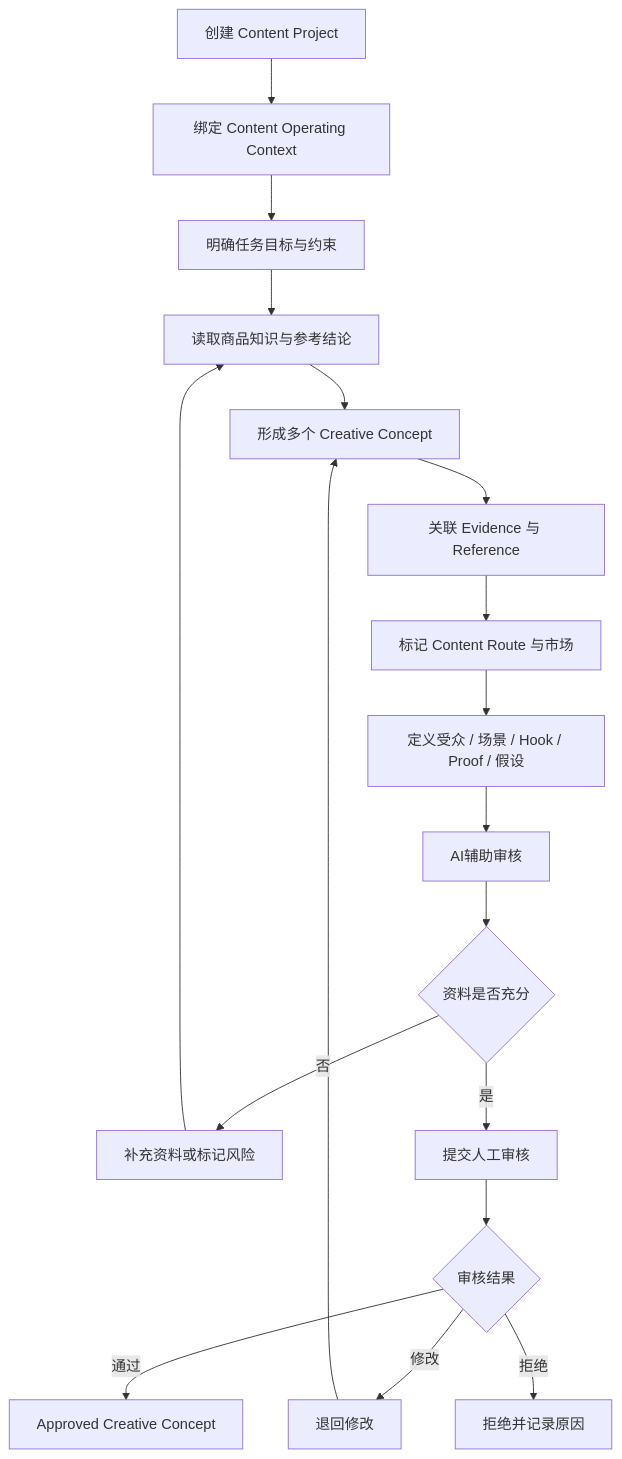
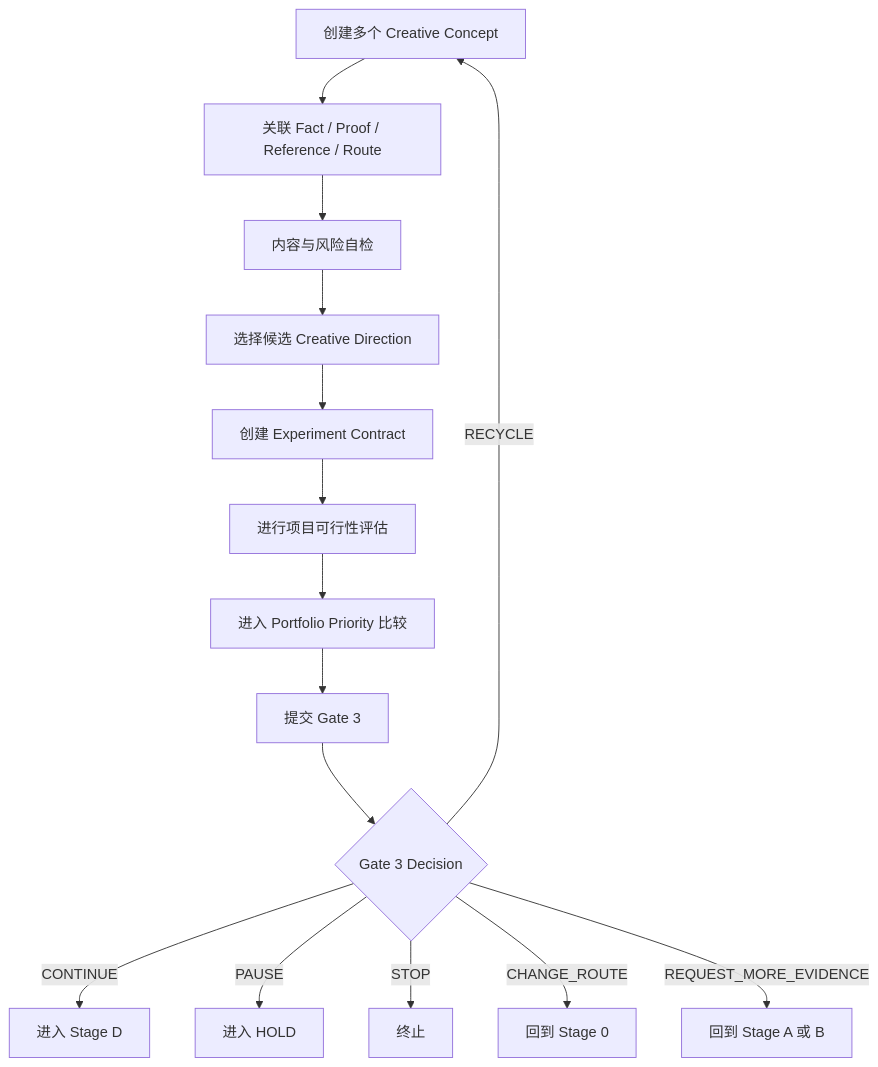
The fifth of 7 diagrams in 04_RELEASE_1_BUSINESS_PROCESS.md (SONG-36/TK_Video_Intelligence_Workbench), drawn with Mermaid before and after one commit. The commit also changed other lines of this file and 8 other files, not shown here.

````diff
--- a/04_RELEASE_1_BUSINESS_PROCESS.md
+++ b/04_RELEASE_1_BUSINESS_PROCESS.md
@@ -270,26 +225,20 @@
 ```mermaid
 flowchart TB
-    A[创建 Content Project]
-    B[绑定 Content Operating Context]
-    C[明确任务目标与约束]
-    D[读取商品知识与参考结论]
-    E[形成多个 Creative Concept]
-    F[关联 Evidence 与 Reference]
-    G[标记 Content Route 与市场]
-    H[定义受众 / 场景 / Hook / Proof / 假设]
-    I[AI辅助审核]
-    J{资料是否充分}
-    K[补充资料或标记风险]
-    L[提交人工审核]
-    M{审核结果}
-    N[Approved Creative Concept]
-    O[退回修改]
-    P[拒绝并记录原因]
+    A[创建多个 Creative Concept]
+    B[关联 Fact / Proof / Reference / Route]
+    C[内容与风险自检]
+    D[选择候选 Creative Direction]
+    E[创建 Experiment Contract]
+    F[进行项目可行性评估]
+    G[进入 Portfolio Priority 比较]
+    H[提交 Gate 3]
+    I{Gate 3 Decision}
 
-    A --> B --> C --> D --> E --> F --> G --> H --> I --> J
-    J -- 否 --> K --> D
-    J -- 是 --> L --> M
-    M -- 通过 --> N
-    M -- 修改 --> O --> E
-    M -- 拒绝 --> P
+    A --> B --> C --> D --> E --> F --> G --> H --> I
+    I -- CONTINUE --> J[进入 Stage D]
+    I -- RECYCLE --> A
+    I -- PAUSE --> P[进入 HOLD]
+    I -- STOP --> S[终止]
+    I -- CHANGE_ROUTE --> R[回到 Stage 0]
+    I -- REQUEST_MORE_EVIDENCE --> Q[回到 Stage A 或 B]
 ```
````
